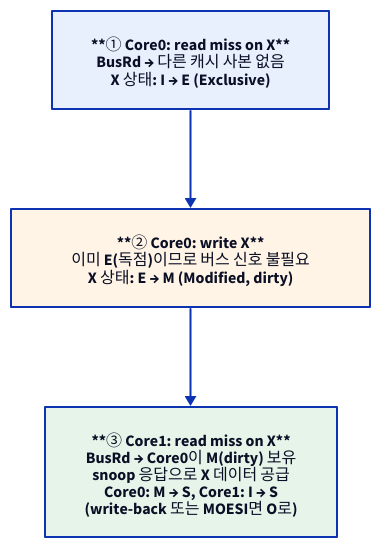
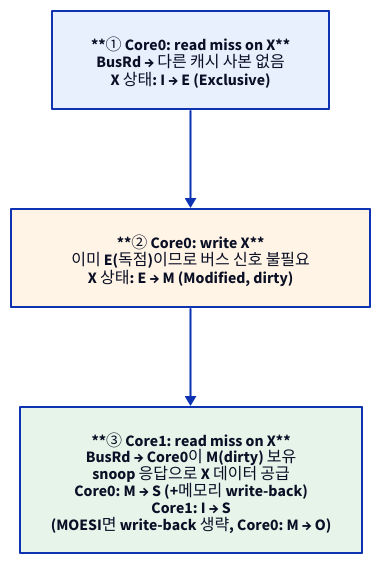
The second of 3 diagrams in starlight_site/src/content/docs/cache_coherence/02_snooping_mesi_moesi.md (humbleowl39/DV_SKOOL), drawn with D2 before and after one commit. The commit also changed 108 other files, not shown here.

````diff
--- a/starlight_site/src/content/docs/cache_coherence/02_snooping_mesi_moesi.md
+++ b/starlight_site/src/content/docs/cache_coherence/02_snooping_mesi_moesi.md
@@ -71,14 +71,14 @@
 ```d2
 direction: down
 
 S1: "**① Core0: read miss on X**\nBusRd → 다른 캐시 사본 없음\nX 상태: I → E (Exclusive)" {
   style.fill: "#e8f0fe"
 }
 S2: "**② Core0: write X**\n이미 E(독점)이므로 버스 신호 불필요\nX 상태: E → M (Modified, dirty)" {
   style.fill: "#fff4e5"
 }
-S3: "**③ Core1: read miss on X**\nBusRd → Core0이 M(dirty) 보유\nsnoop 응답으로 X 데이터 공급\nCore0: M → S, Core1: I → S\n(write-back 또는 MOESI면 O로)" {
+S3: "**③ Core1: read miss on X**\nBusRd → Core0이 M(dirty) 보유\nsnoop 응답으로 X 데이터 공급\nCore0: M → S (+메모리 write-back)\nCore1: I → S\n(MOESI면 write-back 생략, Core0: M → O)" {
   style.fill: "#e6f4ea"
 }
 S1 -> S2 -> S3
 ```
````
